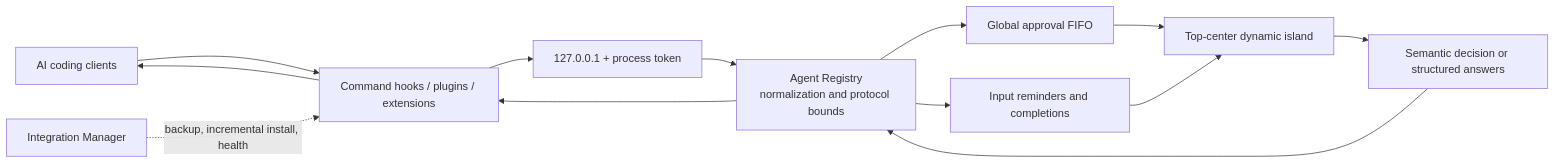
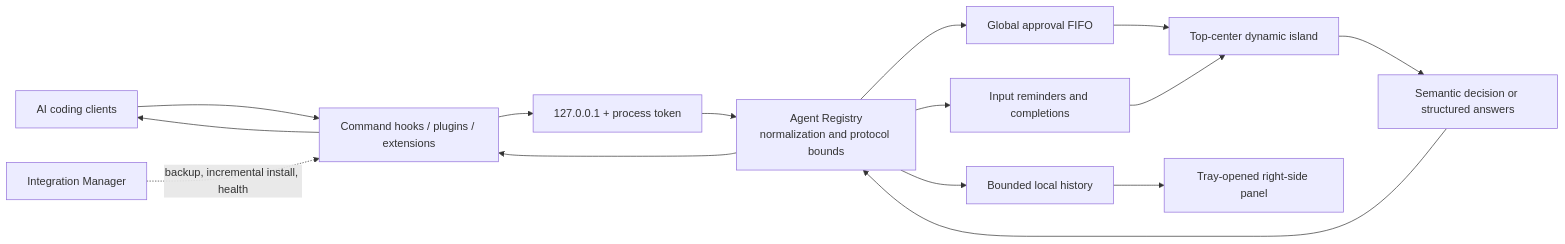
One commit to DaliBerr/Vibe-Halo changed the diagram in README.md. Above: the diagram before and after it, drawn with Mermaid. The commit also changed other lines of this file and 35 other files, not shown here.

````diff
--- a/README.md
+++ b/README.md
@@ -136,15 +145,17 @@
 ```mermaid
 flowchart LR
     A["AI coding clients"] --> B["Command hooks / plugins / extensions"]
     B --> C["127.0.0.1 + process token"]
     C --> D["Agent Registry<br/>normalization and protocol bounds"]
     D --> E["Global approval FIFO"]
     D --> F["Input reminders and completions"]
     E --> G["Top-center dynamic island"]
     F --> G
     G --> H["Semantic decision or structured answers"]
     H --> D
     D --> B
     B --> A
+    D --> J["Bounded local history"]
+    J --> K["Tray-opened right-side panel"]
     I["Integration Manager"] -. "backup, incremental install, health" .-> B
 ```
````
